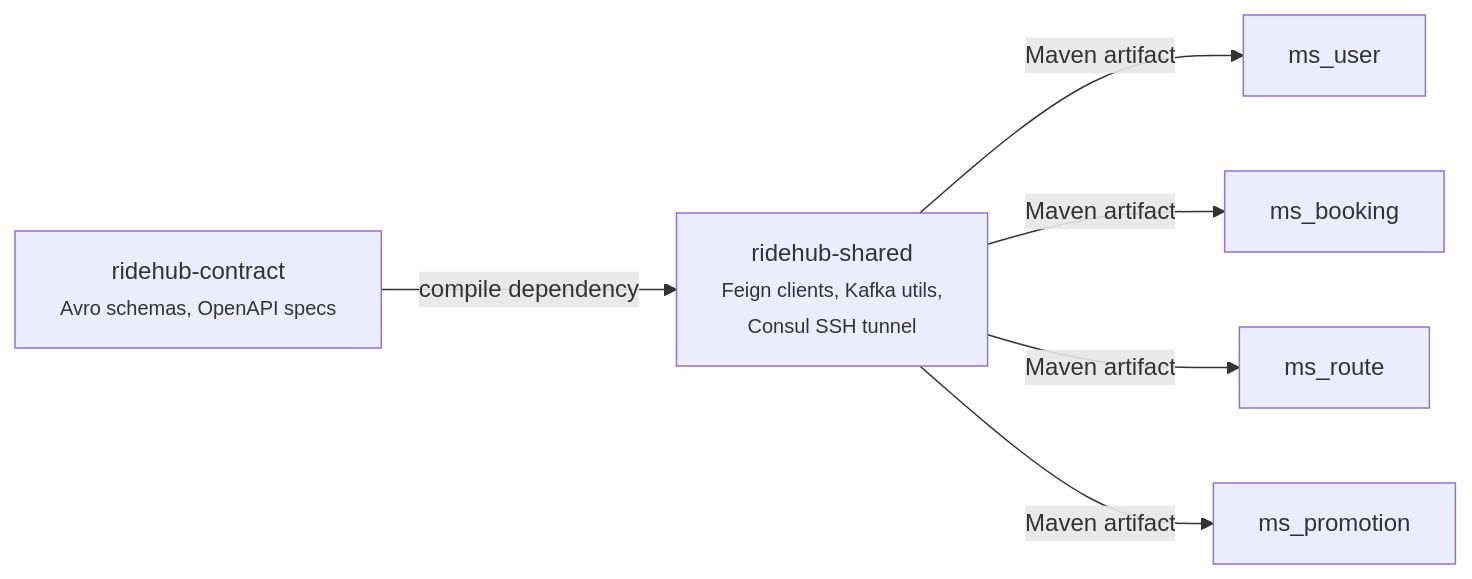
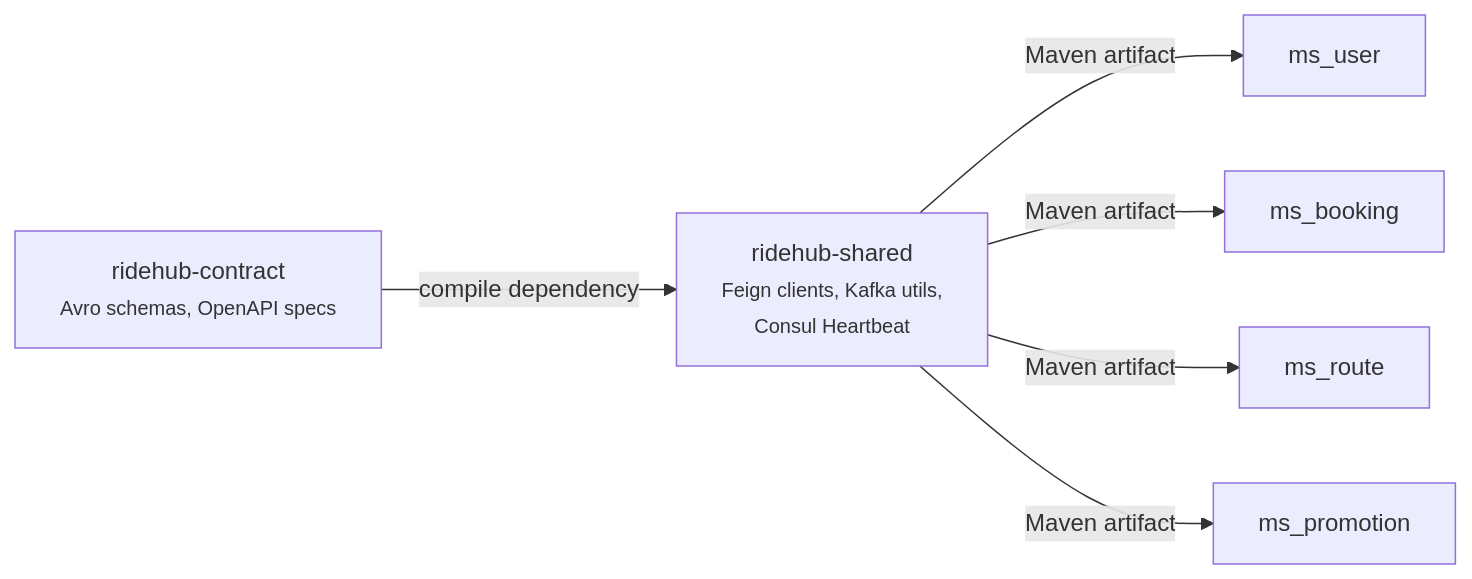
Before and after one commit to phungle2508/ridehub: the diagram in infra/shared/README.md, drawn with Mermaid. The commit also changed other lines of this file and 1 other file, not shown here.

````diff
--- a/infra/shared/README.md
+++ b/infra/shared/README.md
@@ -15,15 +15,15 @@
 ```mermaid
 graph LR
     CONTRACT["ridehub-contract<br/><small>Avro schemas, OpenAPI specs</small>"]
-    SHARED["ridehub-shared<br/><small>Feign clients, Kafka utils,<br/>Consul SSH tunnel</small>"]
+    SHARED["ridehub-shared<br/><small>Feign clients, Kafka utils,<br/>Consul Heartbeat</small>"]
     MS_USER["ms_user"]
     MS_BOOKING["ms_booking"]
     MS_ROUTE["ms_route"]
     MS_PROMOTION["ms_promotion"]
 
     CONTRACT -->|"compile dependency"| SHARED
     SHARED -->|"Maven artifact"| MS_USER
     SHARED -->|"Maven artifact"| MS_BOOKING
     SHARED -->|"Maven artifact"| MS_ROUTE
     SHARED -->|"Maven artifact"| MS_PROMOTION
 ```
````
